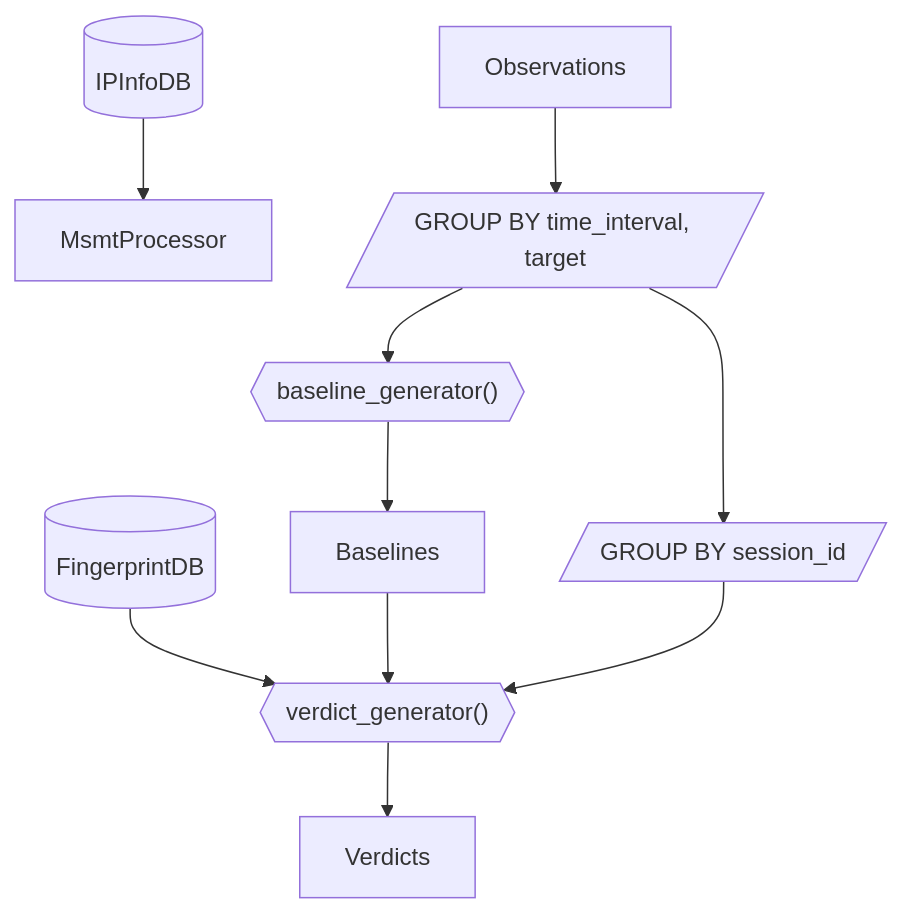
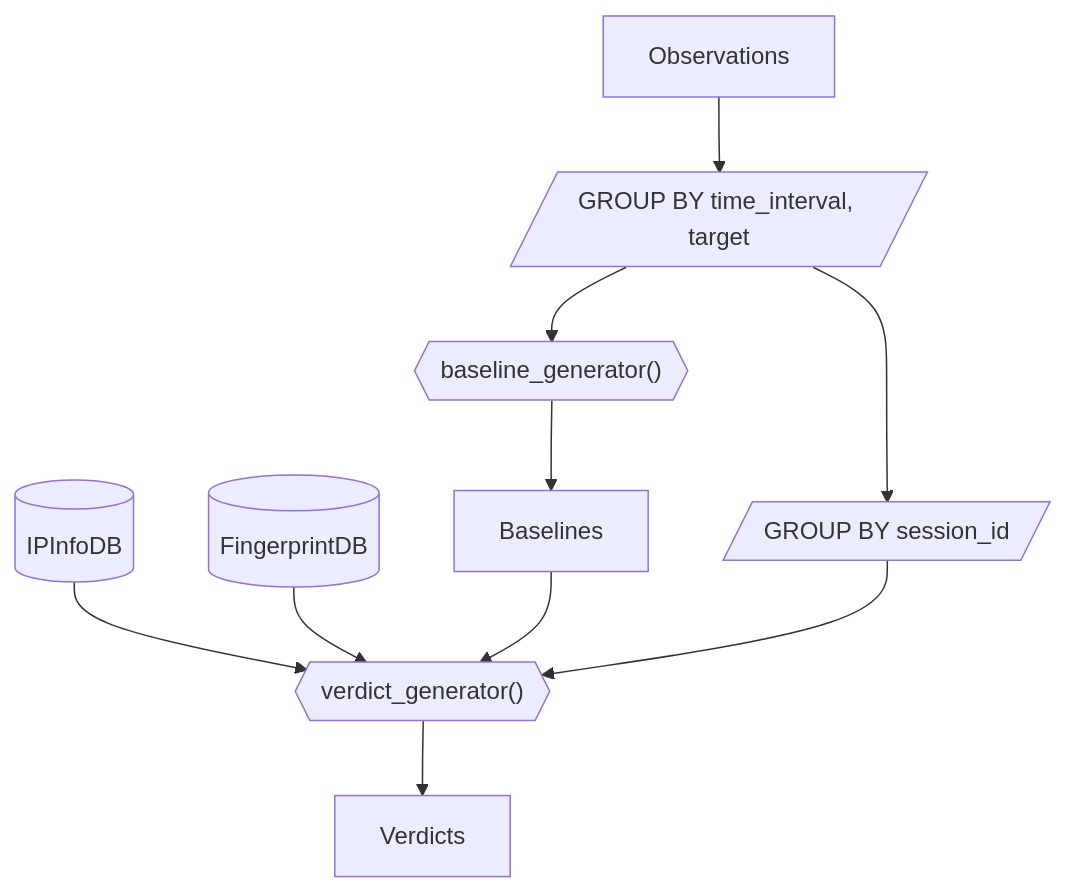
One commit to ooni/data changed the second of 2 diagrams in Readme.md. Above: the diagram before and after it, drawn with Mermaid. The commit also changed other lines of this file, not shown here.

Commit message:
Improve architecture overview docs

````diff
--- a/Readme.md
+++ b/Readme.md
@@ -49,13 +60,13 @@
 ```mermaid
 graph TD
-    IPInfoDB[(IPInfoDB)] --> MsmtProcessor
+    IPInfoDB[(IPInfoDB)] --> VerdictGenerator
     FingerprintDB[(FingerprintDB)] --> VerdictGenerator
 
     Observations --> GrouperTimeTarget[/"GROUP BY time_interval, target"/]
     GrouperTimeTarget --> BaselineGenerator{{"baseline_generator()"}}
     GrouperTimeTarget --> GrouperSession[/"GROUP BY session_id"/]
     BaselineGenerator --> Baselines
     Baselines --> VerdictGenerator
     GrouperSession --> VerdictGenerator{{"verdict_generator()"}}
     VerdictGenerator --> Verdicts
 ```
````
